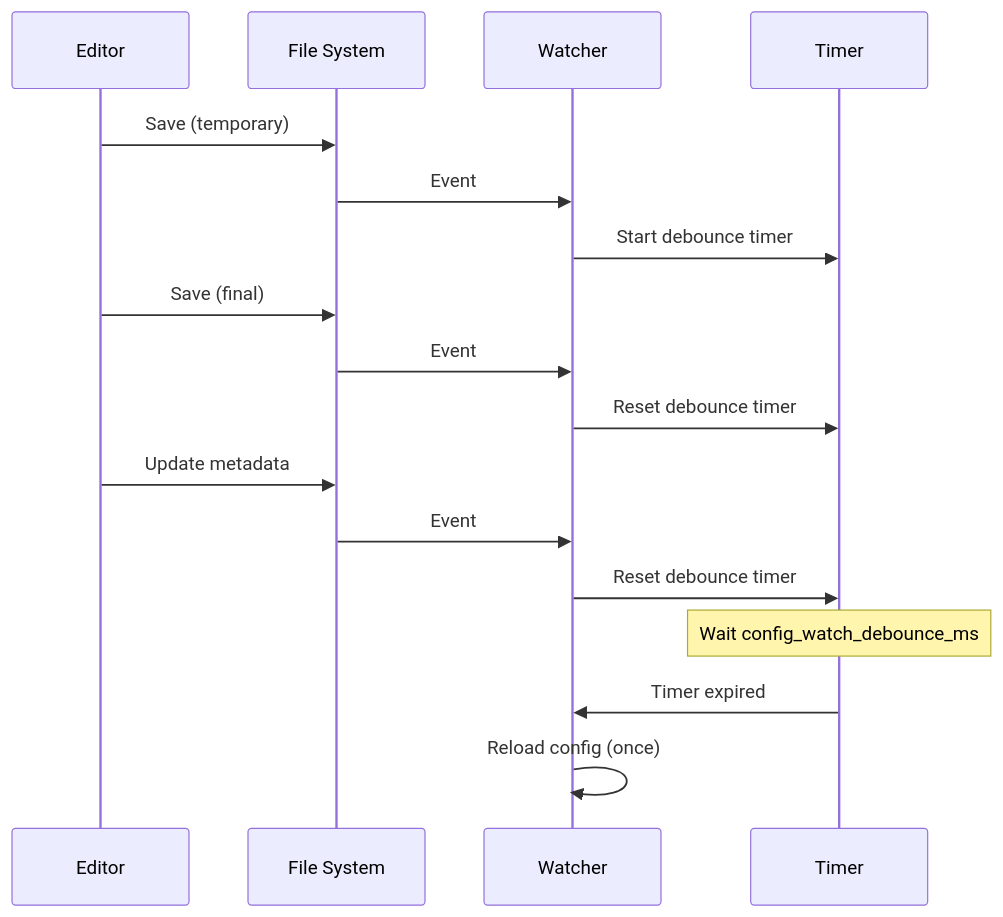
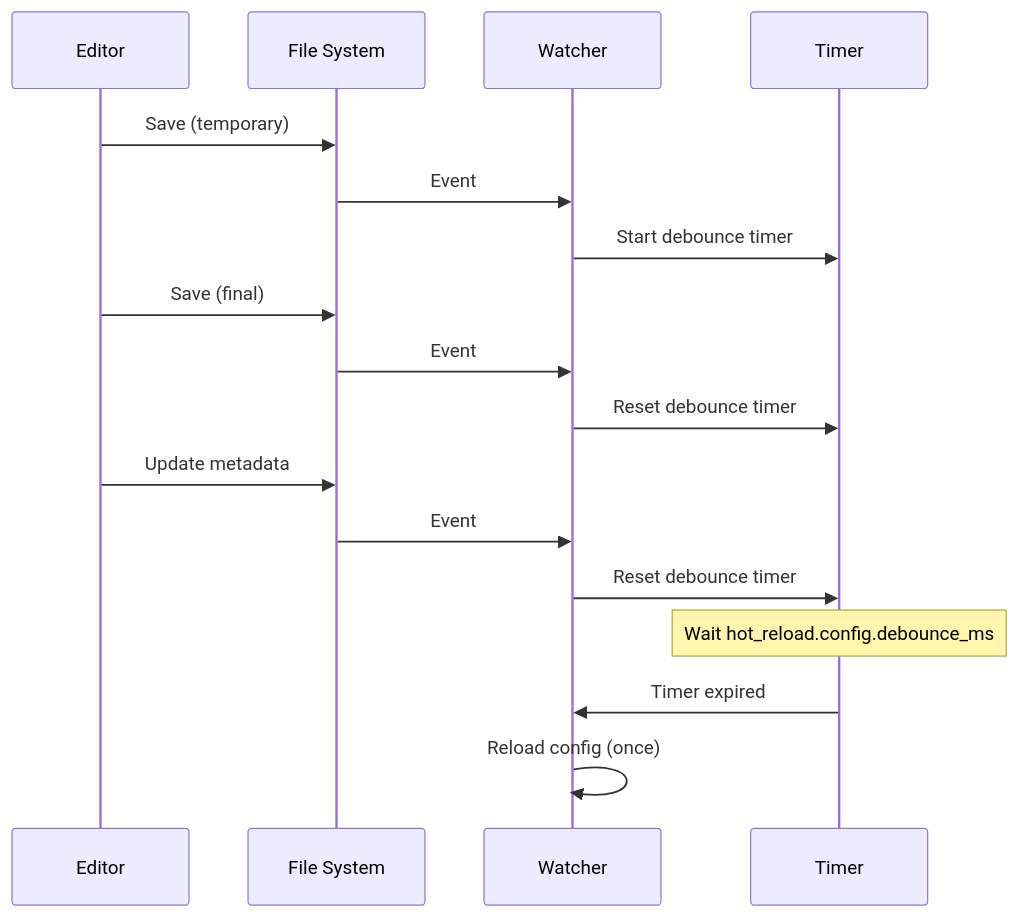
Before and after one commit to Lighty-Launcher/LightyUpdater: the ninth of 10 diagrams in crates/watcher/docs/architecture.md, drawn with Mermaid. The commit also changed other lines of this file and 23 other files, not shown here.

````diff
--- a/crates/watcher/docs/architecture.md
+++ b/crates/watcher/docs/architecture.md
@@ -329,24 +333,24 @@
 ```mermaid
 sequenceDiagram
     participant Editor
     participant FS as File System
     participant Watcher
     participant Timer
 
     Editor->>FS: Save (temporary)
     FS->>Watcher: Event #1
     Watcher->>Timer: Start debounce timer
 
     Editor->>FS: Save (final)
     FS->>Watcher: Event #2
     Watcher->>Timer: Reset debounce timer
 
     Editor->>FS: Update metadata
     FS->>Watcher: Event #3
     Watcher->>Timer: Reset debounce timer
 
-    Note over Timer: Wait config_watch_debounce_ms
+    Note over Timer: Wait hot_reload.config.debounce_ms
 
     Timer->>Watcher: Timer expired
     Watcher->>Watcher: Reload config (once)
 ```
````
